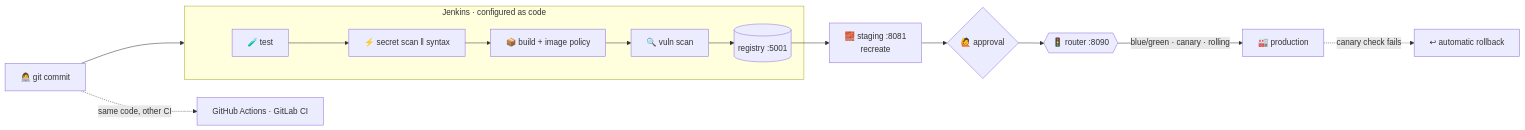
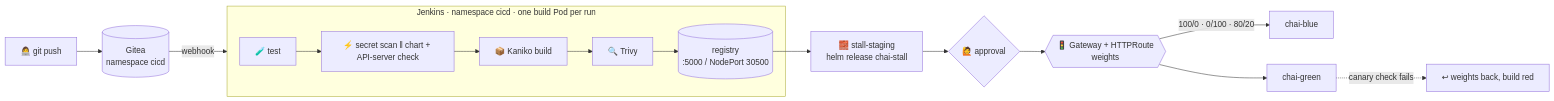
Before and after one commit to vellankikoti/docker-k8s-zero-to-hero: the diagram in cicd-observability/projects/project-1-ship-it/README.md, drawn with Mermaid. The commit also changed other lines of this file and 105 other files, not shown here.

````diff
--- a/cicd-observability/projects/project-1-ship-it/README.md
+++ b/cicd-observability/projects/project-1-ship-it/README.md
@@ -12,13 +12,14 @@
 ```mermaid
 flowchart LR
-  DEV[👩‍💻 git commit] --> JK
-  subgraph JK [Jenkins · configured as code]
-    T[🧪 test] --> P[⚡ secret scan ‖ syntax] --> B[📦 build + image policy] --> S[🔍 vuln scan] --> PU[(registry :5001)]
+  DEV[👩‍💻 git push] --> GT[(Gitea<br/>namespace cicd)]
+  GT -->|webhook| JK
+  subgraph JK [Jenkins · namespace cicd · one build Pod per run]
+    T[🧪 test] --> C[⚡ secret scan ‖ chart + API-server check] --> B[📦 Kaniko build] --> S[🔍 Trivy] --> PU
   end
-  PU --> ST[🧱 staging :8081<br/>recreate]
+  PU[(registry<br/>:5000 / NodePort 30500)] --> ST[🧱 stall-staging<br/>helm release chai-stall]
   ST --> AP{🙋 approval}
-  AP --> RT{{🚦 router :8090}}
-  RT -->|blue/green · canary · rolling| PROD[🏭 production]
-  PROD -.canary check fails.-> RB[↩ automatic rollback]
-  DEV -.same code, other CI.-> GH[GitHub Actions · GitLab CI]
+  AP --> RT{{🚦 Gateway + HTTPRoute<br/>weights}}
+  RT -->|"100/0 · 0/100 · 80/20"| BL[chai-blue]
+  RT --> GR[chai-green]
+  GR -.canary check fails.-> RB[↩ weights back, build red]
 ```
````
